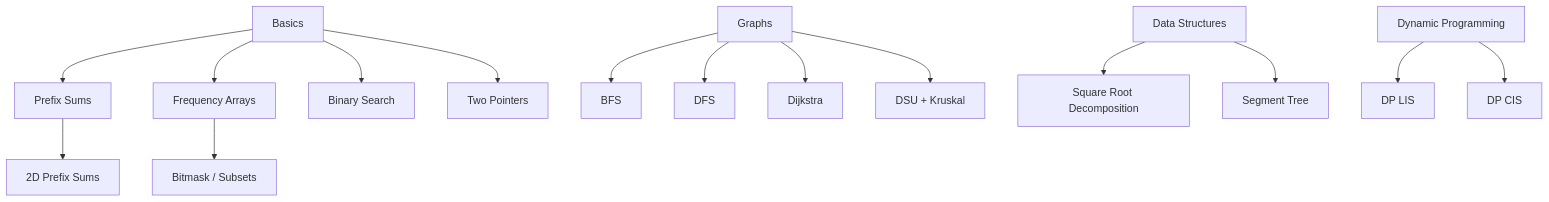
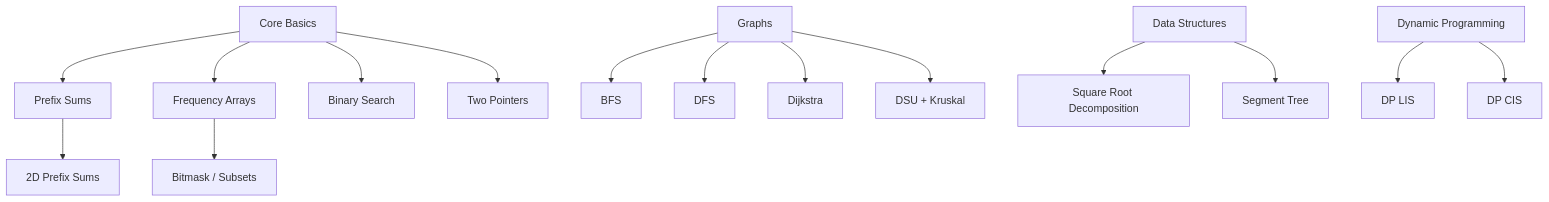
The second of 3 diagrams in README.md (Obada111/competitive-programming), drawn with Mermaid before and after one commit. The commit also changed other lines of this file, not shown here.

````diff
--- a/README.md
+++ b/README.md
@@ -63,21 +132,21 @@
 ```mermaid
 graph TD
-  A[Basics] --> B[Prefix Sums]
+  A[Core Basics] --> B[Prefix Sums]
   A --> C[Frequency Arrays]
   A --> D[Binary Search]
   A --> E[Two Pointers]
 
   B --> F[2D Prefix Sums]
   C --> G[Bitmask / Subsets]
 
   H[Graphs] --> I[BFS]
   H --> J[DFS]
   H --> K[Dijkstra]
   H --> L[DSU + Kruskal]
 
   M[Data Structures] --> N[Square Root Decomposition]
   M --> O[Segment Tree]
 
   P[Dynamic Programming] --> Q[DP LIS]
   P --> R[DP CIS]
 ```
````
